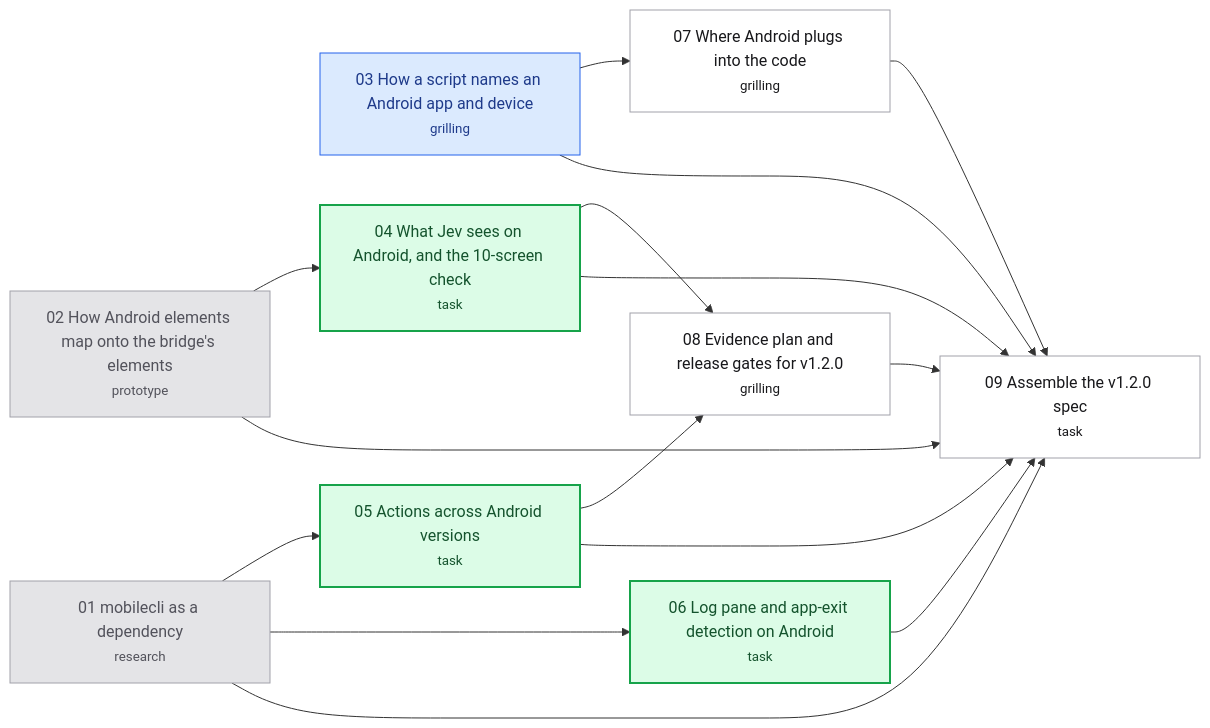
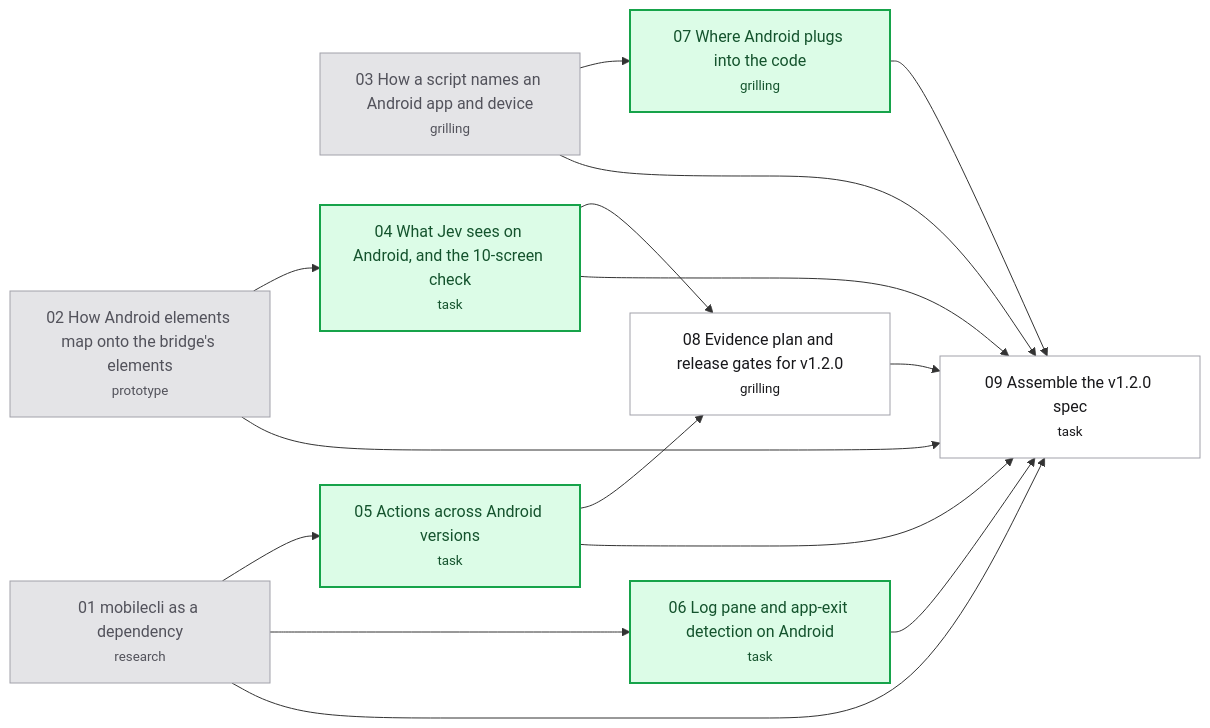
The diagram in .scratch/android-support/map.md (hugues-vnsgn/jev-ios-bridge), drawn with Mermaid before and after one commit. The commit also changed other lines of this file and 1 other file, not shown here.

Commit message:
wayfinder: resolve "How a script names an Android app and device"

````diff
--- a/.scratch/android-support/map.md
+++ b/.scratch/android-support/map.md
@@ -42,34 +43,33 @@
 ```mermaid
 flowchart LR
     T01["01 mobilecli as a dependency<br/><small>research</small>"]
     T02["02 How Android elements map onto the bridge's elements<br/><small>prototype</small>"]
     T03["03 How a script names an Android app and device<br/><small>grilling</small>"]
     T04["04 What Jev sees on Android, and the 10-screen check<br/><small>task</small>"]
     T05["05 Actions across Android versions<br/><small>task</small>"]
     T06["06 Log pane and app-exit detection on Android<br/><small>task</small>"]
     T07["07 Where Android plugs into the code<br/><small>grilling</small>"]
     T08["08 Evidence plan and release gates for v1.2.0<br/><small>grilling</small>"]
     T09["09 Assemble the v1.2.0 spec<br/><small>task</small>"]
     T02 --> T04
     T01 --> T05
     T01 --> T06
     T03 --> T07
     T04 --> T08
     T05 --> T08
     T01 --> T09
     T02 --> T09
     T03 --> T09
     T04 --> T09
     T05 --> T09
     T06 --> T09
     T07 --> T09
     T08 --> T09
     classDef resolved fill:#e4e4e7,stroke:#a1a1aa,color:#52525b
     classDef claimed fill:#dbeafe,stroke:#2563eb,color:#1e3a8a
     classDef frontier fill:#dcfce7,stroke:#16a34a,color:#14532d,stroke-width:2px
     classDef blocked fill:#ffffff,stroke:#a1a1aa,color:#18181b
-    class T01,T02 resolved
-    class T03 claimed
-    class T04,T05,T06 frontier
-    class T07,T08,T09 blocked
+    class T01,T02,T03 resolved
+    class T04,T05,T06,T07 frontier
+    class T08,T09 blocked
 ```
````
